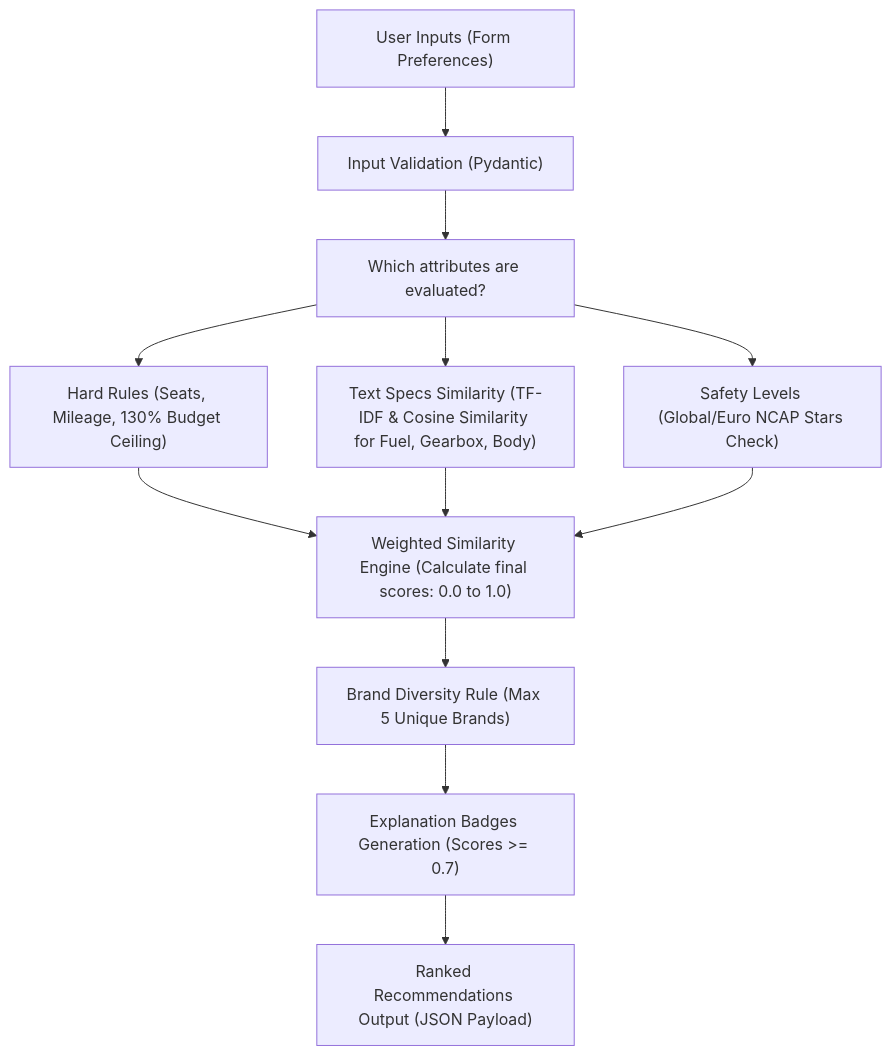
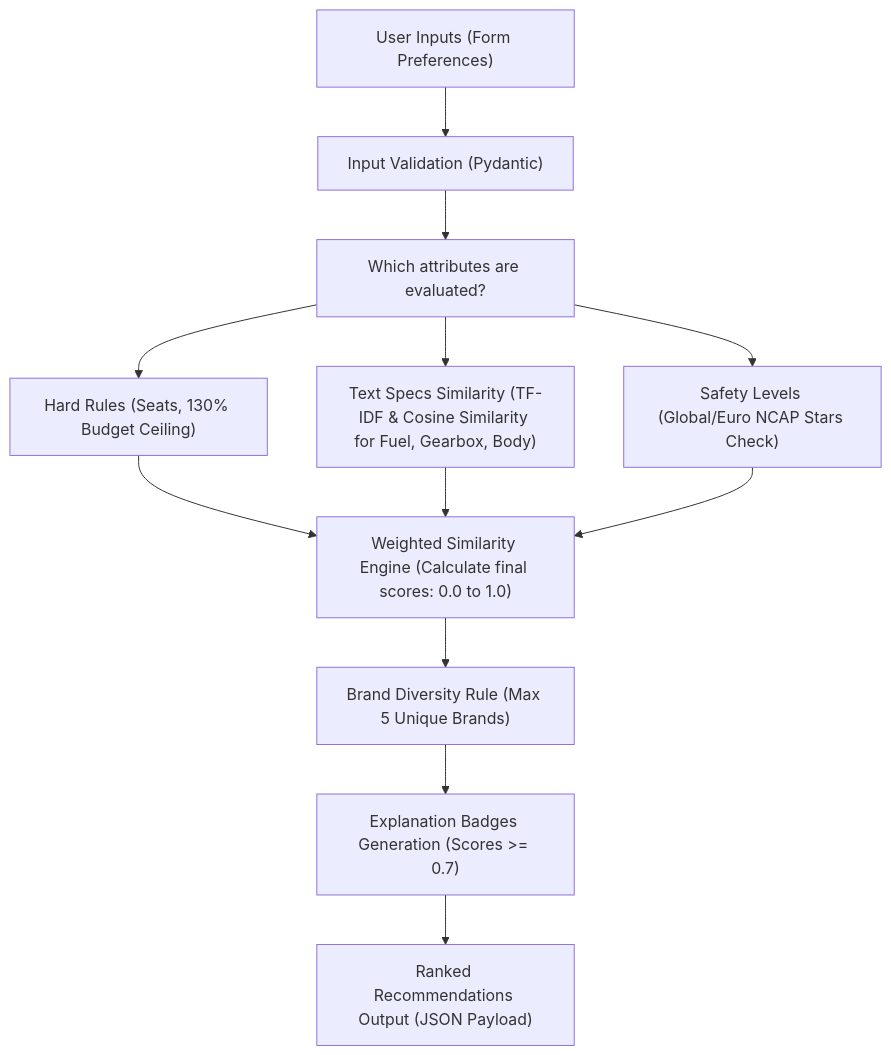
The first of 2 diagrams in README.md (sakalyeakshat/Smart-Car-recommendation-system), drawn with Mermaid before and after one commit. The commit also changed other lines of this file and 25 other files, not shown here.

````diff
--- a/README.md
+++ b/README.md
@@ -209,17 +212,17 @@
 ```mermaid
 graph TD
     A["User Inputs (Form Preferences)"] --> B["Input Validation (Pydantic)"]
     B --> C["Which attributes are evaluated?"]
     
-    C --> D["Hard Rules (Seats, Mileage, 130% Budget Ceiling)"]
+    C --> D["Hard Rules (Seats, 130% Budget Ceiling)"]
     C --> E["Text Specs Similarity (TF-IDF & Cosine Similarity for Fuel, Gearbox, Body)"]
     C --> F["Safety Levels (Global/Euro NCAP Stars Check)"]
     
     D --> G["Weighted Similarity Engine (Calculate final scores: 0.0 to 1.0)"]
     E --> G
     F --> G
     
     G --> H["Brand Diversity Rule (Max 5 Unique Brands)"]
     H --> I["Explanation Badges Generation (Scores >= 0.7)"]
     I --> J["Ranked Recommendations Output (JSON Payload)"]
 ```
````
